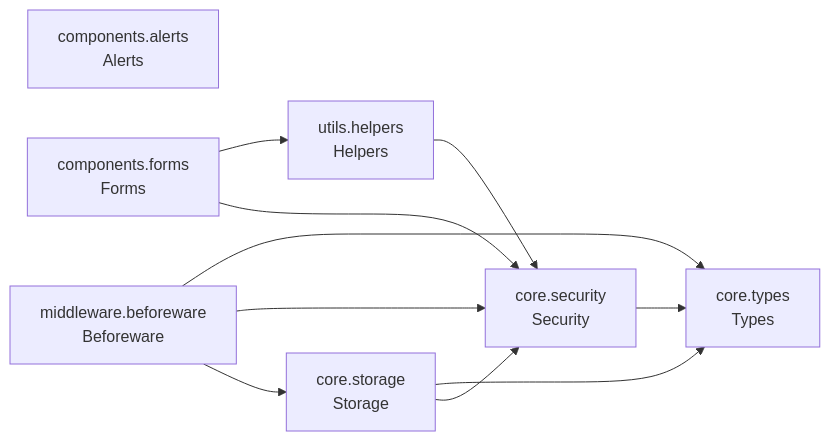
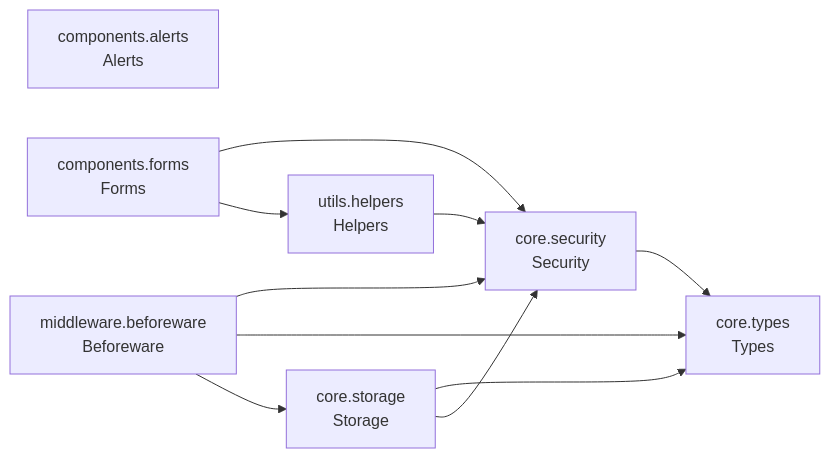
The diagram in README.md (cj-mills/cjm-fasthtml-byok), drawn with Mermaid before and after one commit. The commit also changed other lines of this file and 13 other files, not shown here.

````diff
--- a/README.md
+++ b/README.md
@@ -31,20 +31,20 @@
 ``` mermaid
 graph LR
     components_alerts[components.alerts<br/>Alerts]
     components_forms[components.forms<br/>Forms]
     core_security[core.security<br/>Security]
     core_storage[core.storage<br/>Storage]
     core_types[core.types<br/>Types]
     middleware_beforeware[middleware.beforeware<br/>Beforeware]
     utils_helpers[utils.helpers<br/>Helpers]
 
+    components_forms --> core_security
     components_forms --> utils_helpers
-    components_forms --> core_security
     core_security --> core_types
     core_storage --> core_types
     core_storage --> core_security
+    middleware_beforeware --> core_security
     middleware_beforeware --> core_types
-    middleware_beforeware --> core_security
     middleware_beforeware --> core_storage
     utils_helpers --> core_security
 ```
````
